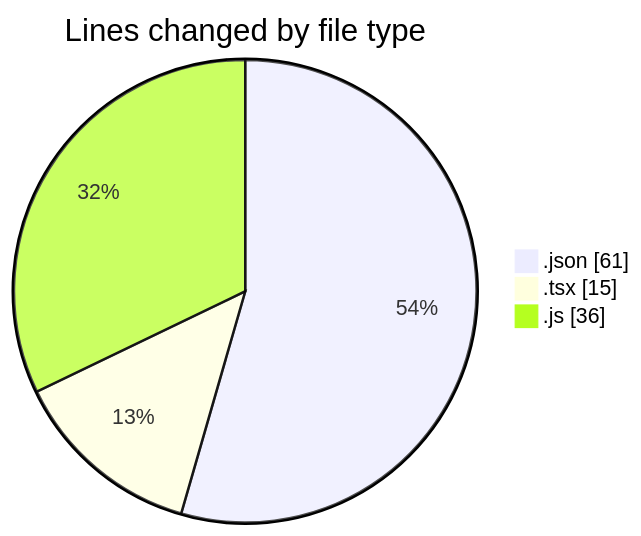
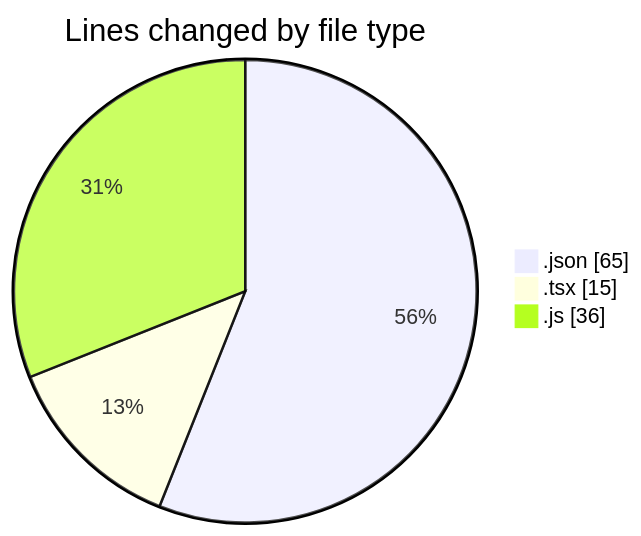
The first of 2 diagrams in 2025-08-07/heroui/README.md (EIIisD/code-tracking), drawn with Mermaid before and after one commit. The commit also changed other lines of this file and 1 other file, not shown here.

````diff
--- a/2025-08-07/heroui/README.md
+++ b/2025-08-07/heroui/README.md
@@ -22,7 +22,7 @@
 ```mermaid
 pie showData
 title Lines changed by file type
-".json" : 61
+".json" : 65
 ".tsx" : 15
 ".js" : 36
 ```
````
